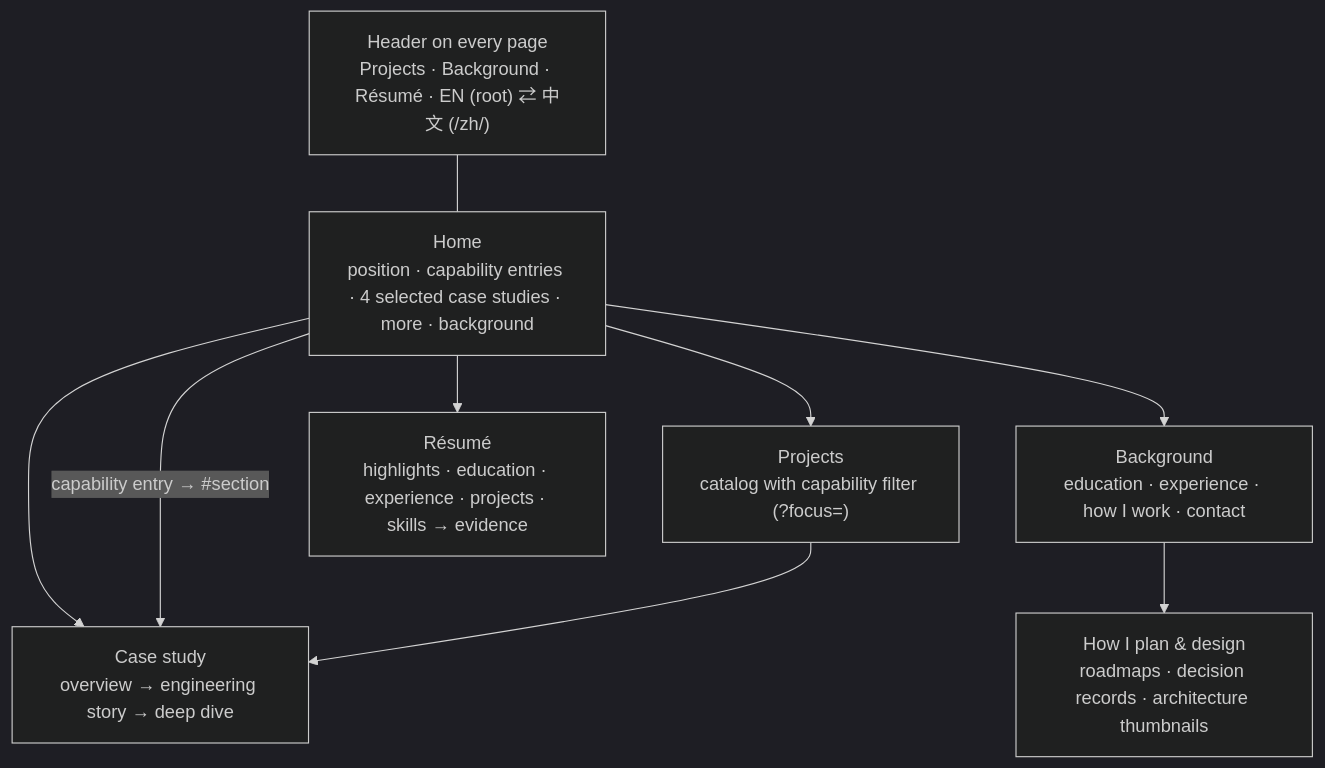
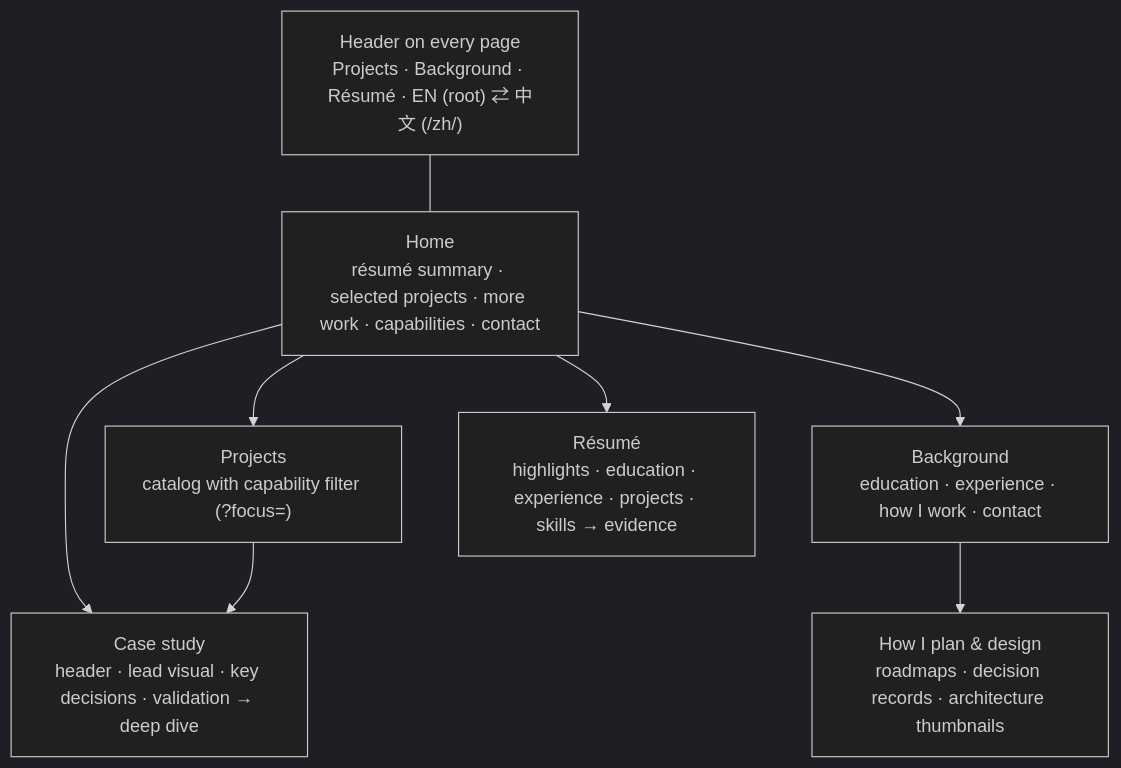
The second of 2 diagrams in ARCHITECTURE.md (YigeWang1221/personal_portfolio), drawn with Mermaid (dark theme) before and after one commit. The commit also changed other lines of this file and 66 other files, not shown here.

````diff
--- a/ARCHITECTURE.md
+++ b/ARCHITECTURE.md
@@ -78,12 +83,11 @@
 ```mermaid
 %% CURRENT
 flowchart TD
   LS["Header on every page<br/>Projects · Background · Résumé · EN (root) ⇄ 中文 (/zh/)"] --- H
-  H["Home<br/>position · capability entries · 4 selected case studies · more · background"] --> P["Case study<br/>overview → engineering story → deep dive"]
-  H -- "capability entry → #section" --> P
+  H["Home<br/>résumé summary · selected projects · more work · capabilities · contact"] --> P["Case study<br/>header · lead visual · key decisions · validation → deep dive"]
   H --> C["Projects<br/>catalog with capability filter (?focus=)"]
   C --> P
   H --> B["Background<br/>education · experience · how I work · contact"]
   H --> R["Résumé<br/>highlights · education · experience · projects · skills → evidence"]
   B --> D["How I plan & design<br/>roadmaps · decision records · architecture thumbnails"]
 ```
````
